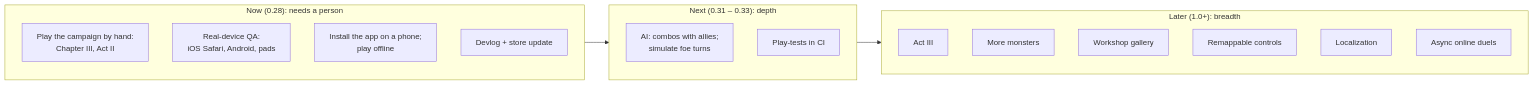
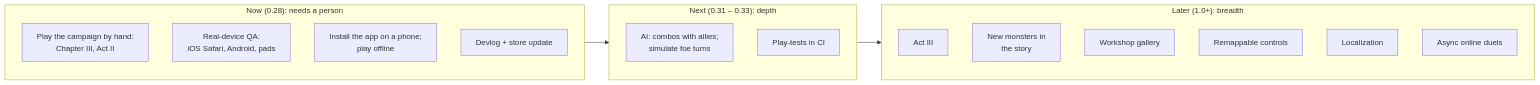
The second of 4 diagrams in docs/ROADMAP.md (CptNope/Chess-RPG-Tactics), drawn with Mermaid before and after one commit. The commit also changed other lines of this file and 22 other files, not shown here.

````diff
--- a/docs/ROADMAP.md
+++ b/docs/ROADMAP.md
@@ -93,25 +95,25 @@
 ```mermaid
 flowchart LR
     subgraph NOW["Now (0.28): needs a person"]
         direction TB
         N1["Play the campaign by hand:<br/>Chapter III, Act II"]
         N2["Real-device QA:<br/>iOS Safari, Android, pads"]
         N3["Install the app on a phone;<br/>play offline"]
         N4["Devlog + store update"]
     end
     subgraph NEXT["Next (0.31 – 0.33): depth"]
         direction TB
         X1["AI: combos with allies;<br/>simulate foe turns"]
         X5["Play-tests in CI"]
     end
     subgraph LATER["Later (1.0+): breadth"]
         direction TB
         L1["Act III"]
-        L2["More monsters"]
+        L2["New monsters in<br/>the story"]
         L4["Workshop gallery"]
         L5["Remappable controls"]
         L6["Localization"]
         L7["Async online duels"]
     end
     NOW --> NEXT --> LATER
 ```
````
